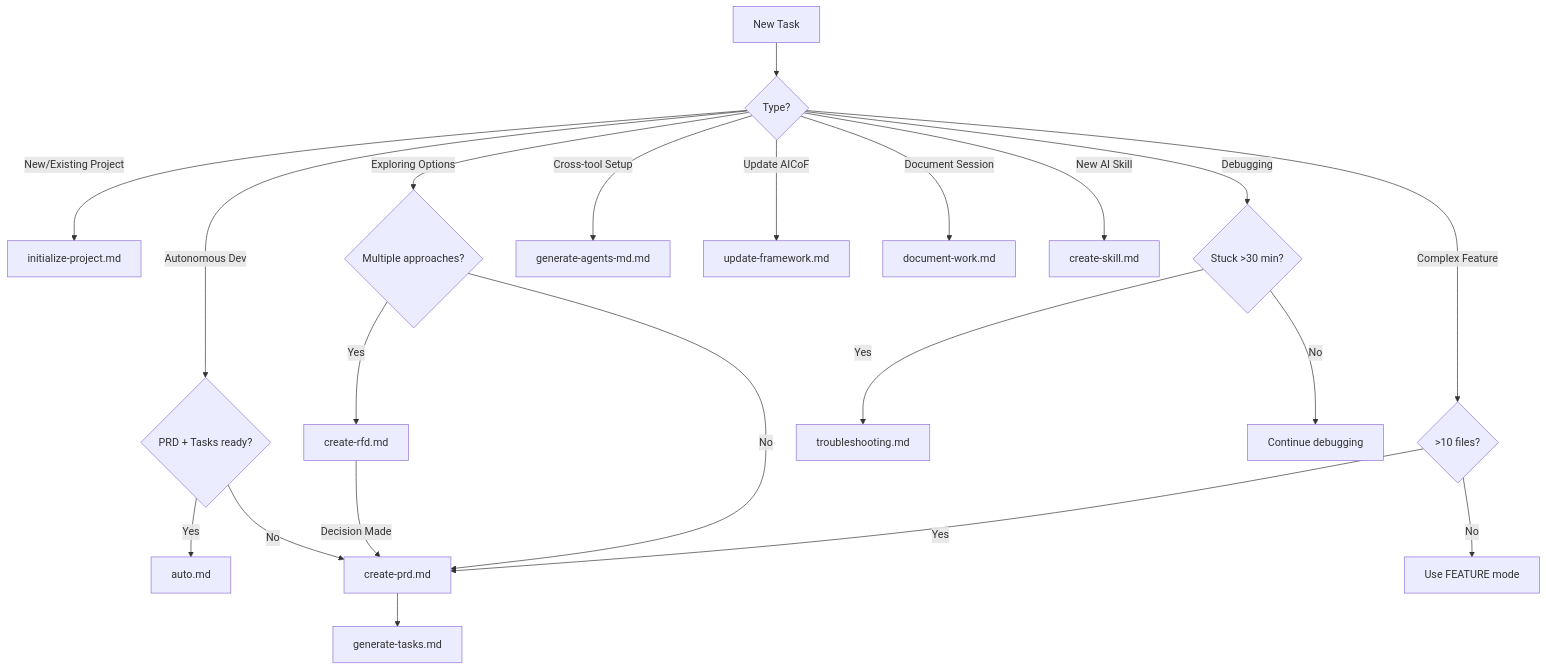
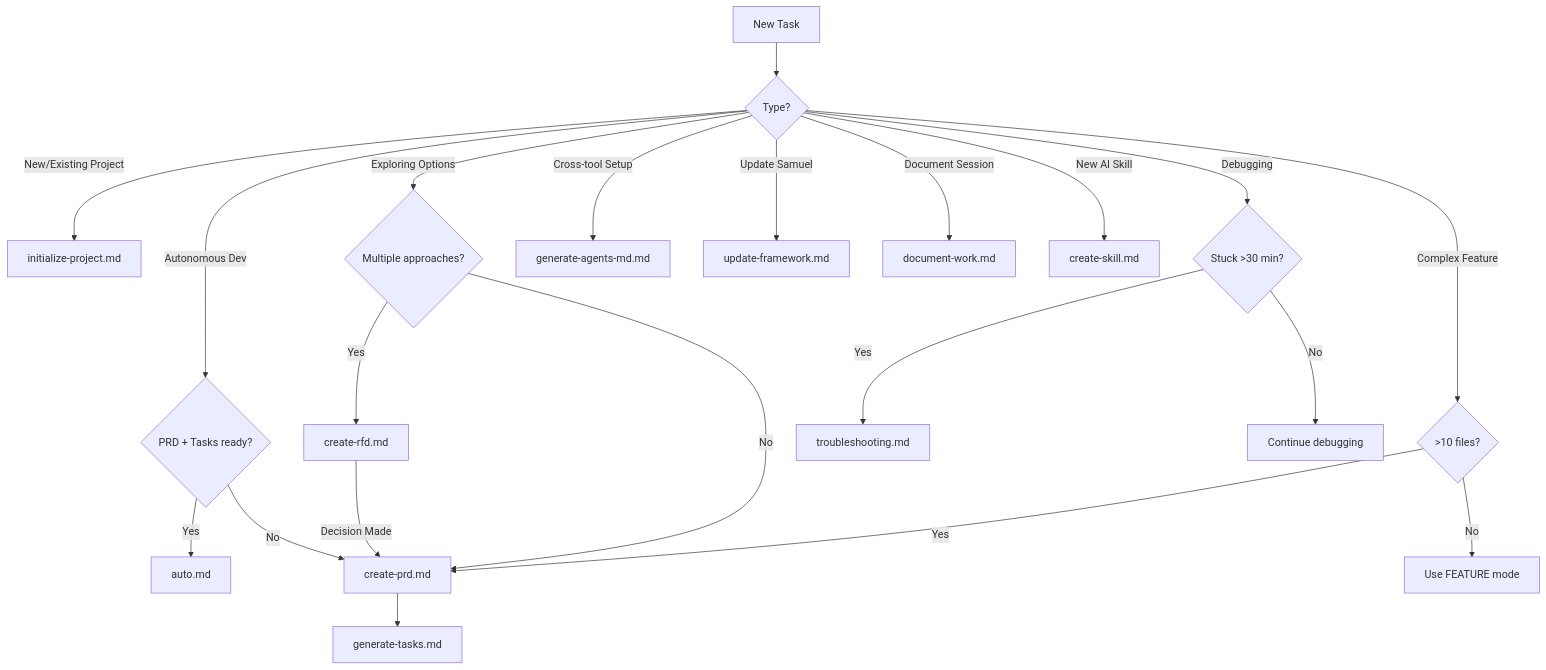
The diagram in docs/workflows/index.md (ar4mirez/samuel), drawn with Mermaid before and after one commit. The commit also changed other lines of this file and 215 other files, not shown here.

````diff
--- a/docs/workflows/index.md
+++ b/docs/workflows/index.md
@@ -72,28 +72,28 @@
 ```mermaid
 graph TD
     A[New Task] --> B{Type?}
 
     B -->|New/Existing Project| C[initialize-project.md]
     B -->|Exploring Options| D{Multiple approaches?}
     B -->|Complex Feature| E{>10 files?}
     B -->|Debugging| F{Stuck >30 min?}
     B -->|Cross-tool Setup| G[generate-agents-md.md]
-    B -->|Update AICoF| H[update-framework.md]
+    B -->|Update Samuel| H[update-framework.md]
     B -->|Document Session| I[document-work.md]
     B -->|Autonomous Dev| P{PRD + Tasks ready?}
     B -->|New AI Skill| Q[create-skill.md]
 
     P -->|Yes| R[auto.md]
     P -->|No| K
 
     D -->|Yes| J[create-rfd.md]
     J -->|Decision Made| K[create-prd.md]
     D -->|No| K
 
     E -->|Yes| K
     K --> L[generate-tasks.md]
     E -->|No| M[Use FEATURE mode]
 
     F -->|Yes| N[troubleshooting.md]
     F -->|No| O[Continue debugging]
 ```
````
